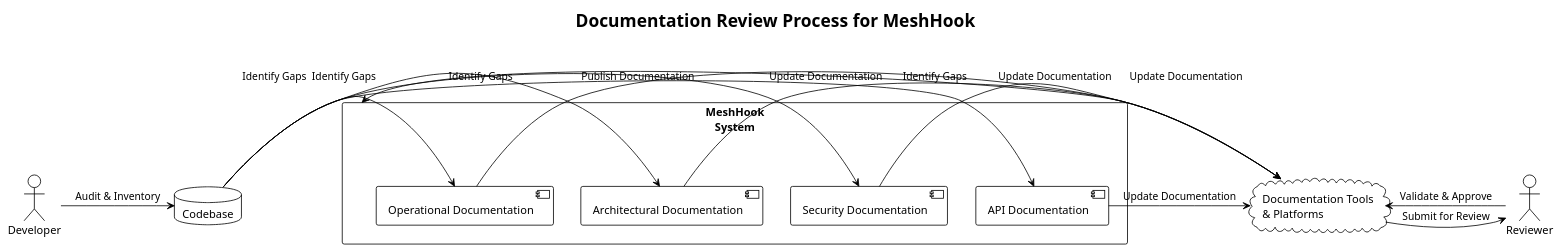
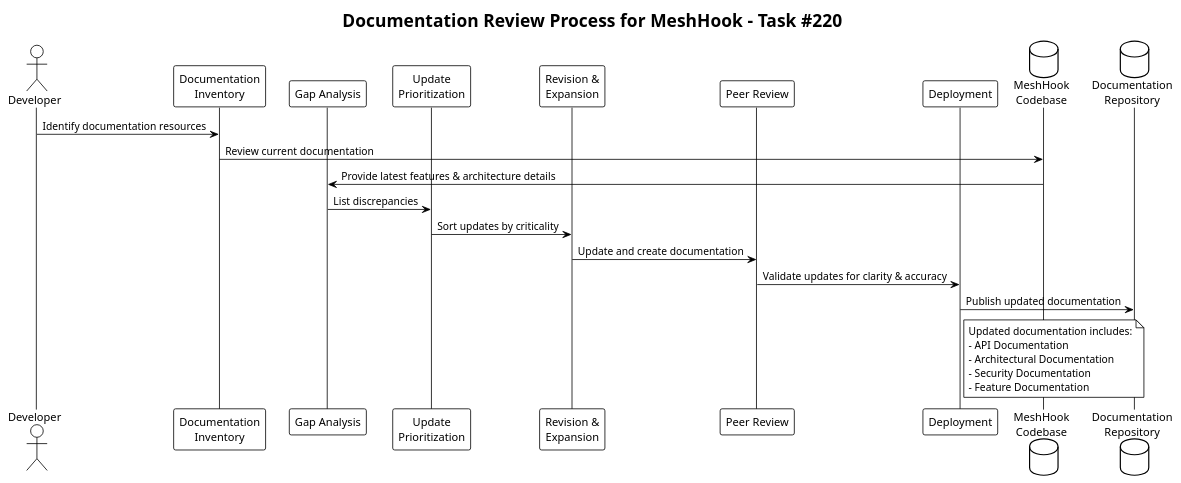
Before and after one commit to profullstack/meshhook: the diagram in docs/PRDs/220-documentation-review.puml, drawn with PlantUML. The commit also changed 42 other files, not shown here.

```diff
--- a/docs/PRDs/220-documentation-review.puml
+++ b/docs/PRDs/220-documentation-review.puml
@@ -1,33 +1,33 @@
 @startuml
 !theme plain
 
-title Documentation Review Process for MeshHook
+title Documentation Review Process for MeshHook - Task #220
 
-actor Developer as dev
-actor Reviewer as rev
-database Codebase as code
-cloud "Documentation Tools\n& Platforms" as tools
-rectangle "MeshHook\nSystem" as system {
-  component "API Documentation" as apidoc
-  component "Security Documentation" as secdoc
-  component "Architectural Documentation" as arcdoc
-  component "Operational Documentation" as opdoc
-}
+actor Developer
+participant "Documentation\nInventory" as Inventory
+participant "Gap Analysis" as GapAnalysis
+participant "Update\nPrioritization" as Prioritization
+participant "Revision &\nExpansion" as Revision
+participant "Peer Review" as Review
+participant "Deployment" as Deployment
+database "MeshHook\nCodebase" as Codebase
+database "Documentation\nRepository" as DocRepo
 
-dev -> code : Audit & Inventory
-code -> apidoc : Identify Gaps
-code -> secdoc : Identify Gaps
-code -> arcdoc : Identify Gaps
-code -> opdoc : Identify Gaps
+Developer -> Inventory : Identify documentation resources
+Inventory -> Codebase : Review current documentation
+Codebase -> GapAnalysis : Provide latest features & architecture details
+GapAnalysis -> Prioritization : List discrepancies
+Prioritization -> Revision : Sort updates by criticality
+Revision -> Review : Update and create documentation
+Review -> Deployment : Validate updates for clarity & accuracy
+Deployment -> DocRepo : Publish updated documentation
 
-apidoc -> tools : Update Documentation
-secdoc -> tools : Update Documentation
-arcdoc -> tools : Update Documentation
-opdoc -> tools : Update Documentation
-
-tools -> rev : Submit for Review
-rev -> tools : Validate & Approve
-
-tools --> system : Publish Documentation
+note right of Deployment
+  Updated documentation includes:
+  - API Documentation
+  - Architectural Documentation
+  - Security Documentation
+  - Feature Documentation
+end note
 
 @enduml
```
